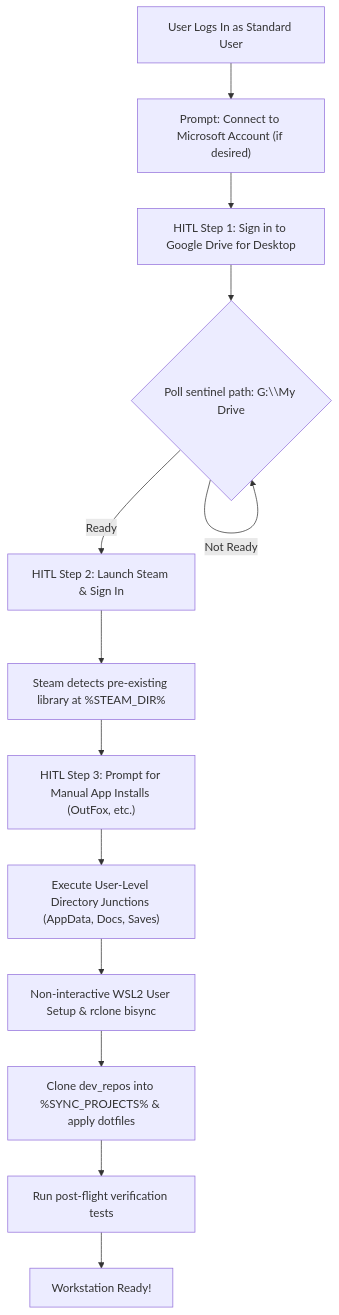
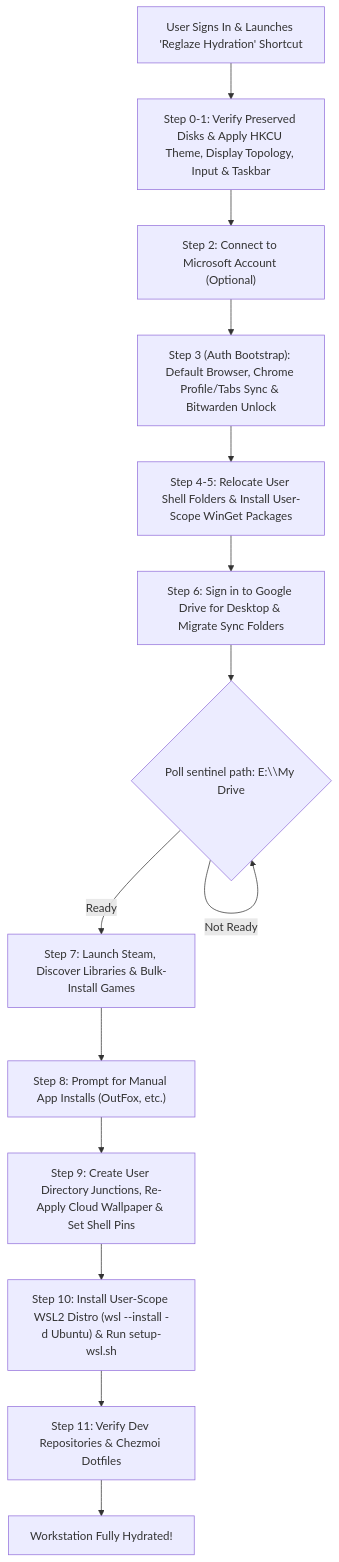
The ninth of 9 diagrams in docs/ARCHITECTURE.md (kirkhaines/reglaze), drawn with Mermaid before and after one commit. The commit also changed other lines of this file and 17 other files, not shown here.

````diff
--- a/docs/ARCHITECTURE.md
+++ b/docs/ARCHITECTURE.md
@@ -519,18 +641,18 @@
 ```mermaid
 flowchart TD
-    Logon["User Logs In as Standard User"] --> ConnectMSA["Prompt: Connect to Microsoft Account (if desired)"]
-    ConnectMSA --> HITL1["HITL Step 1: Sign in to Google Drive for Desktop"]
+    Logon["User Signs In & Launches 'Reglaze Hydration' Shortcut"] --> Step01["Step 0-1: Verify Preserved Disks & Apply HKCU Theme, Display Topology, Input & Taskbar"]
+    Step01 --> ConnectMSA["Step 2: Connect to Microsoft Account (Optional)"]
+    ConnectMSA --> AuthBoot["Step 3 (Auth Bootstrap): Default Browser, Chrome Profile/Tabs Sync & Bitwarden Unlock"]
+    AuthBoot --> ShellFolders["Step 4-5: Relocate User Shell Folders & Install User-Scope WinGet Packages"]
+    ShellFolders --> HITL1["Step 6: Sign in to Google Drive for Desktop & Migrate Sync Folders"]
     
-    HITL1 --> WaitStream{"Poll sentinel path: G:\\My Drive"}
+    HITL1 --> WaitStream{"Poll sentinel path: E:\\My Drive"}
     WaitStream -- Not Ready --> WaitStream
-    WaitStream -- Ready --> HITL2["HITL Step 2: Launch Steam & Sign In"]
+    WaitStream -- Ready --> HITL2["Step 7: Launch Steam, Discover Libraries & Bulk-Install Games"]
     
-    HITL2 --> DetectSteam["Steam detects pre-existing library at %STEAM_DIR%"]
-    DetectSteam --> HITL3["HITL Step 3: Prompt for Manual App Installs (OutFox, etc.)"]
-    
-    HITL3 --> LinkJunctions["Execute User-Level Directory Junctions (AppData, Docs, Saves)"]
-    LinkJunctions --> WSLHydrate["Non-interactive WSL2 User Setup & rclone bisync"]
-    WSLHydrate --> GitHydrate["Clone dev_repos into %SYNC_PROJECTS% & apply dotfiles"]
-    GitHydrate --> HealthCheck["Run post-flight verification tests"]
-    HealthCheck --> Complete["Workstation Ready!"]
+    HITL2 --> HITL3["Step 8: Prompt for Manual App Installs (OutFox, etc.)"]
+    HITL3 --> LinkJunctions["Step 9: Create User Directory Junctions, Re-Apply Cloud Wallpaper & Set Shell Pins"]
+    LinkJunctions --> WSLHydrate["Step 10: Install User-Scope WSL2 Distro (wsl --install -d Ubuntu) & Run setup-wsl.sh"]
+    WSLHydrate --> GitHydrate["Step 11: Verify Dev Repositories & Chezmoi Dotfiles"]
+    GitHydrate --> Complete["Workstation Fully Hydrated!"]
 ```
````
